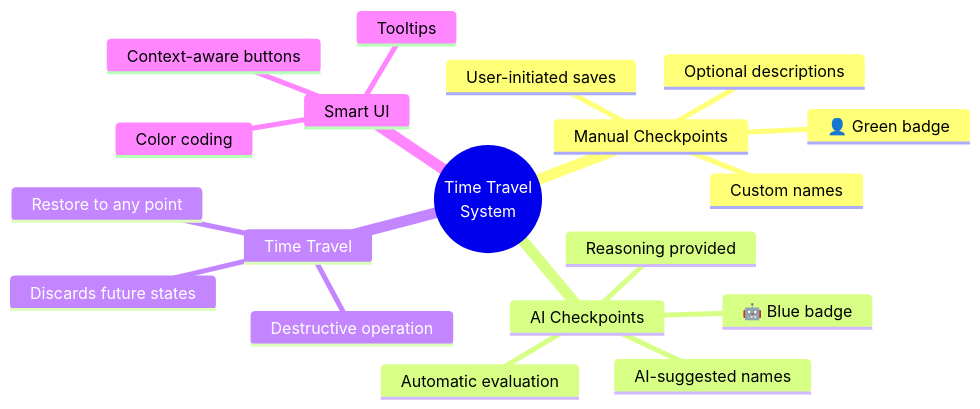
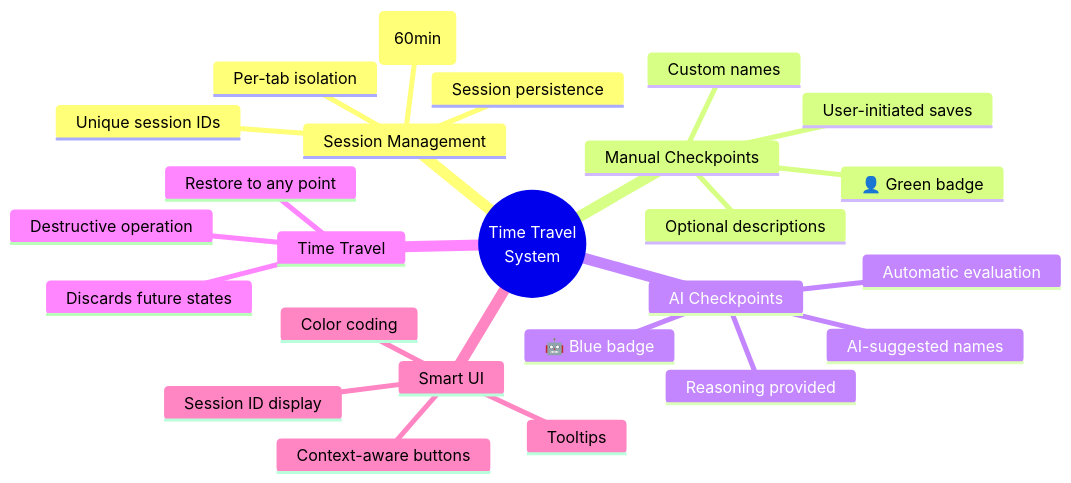
The first of 24 diagrams in docs/TIME_TRAVEL.md (Panegyric0926/checkpoint), drawn with Mermaid before and after one commit. The commit also changed other lines of this file and 3 other files, not shown here.

````diff
--- a/docs/TIME_TRAVEL.md
+++ b/docs/TIME_TRAVEL.md
@@ -31,22 +34,28 @@
 ```mermaid
 mindmap
   root((Time Travel<br/>System))
+    Session Management
+      Per-tab isolation
+      Unique session IDs
+      Auto cleanup (60min)
+      Session persistence
     Manual Checkpoints
       User-initiated saves
       Custom names
       Optional descriptions
       👤 Green badge
     AI Checkpoints
       Automatic evaluation
       AI-suggested names
       Reasoning provided
       🤖 Blue badge
     Time Travel
       Restore to any point
       Destructive operation
       Discards future states
     Smart UI
       Context-aware buttons
       Tooltips
       Color coding
+      Session ID display
 ```
````
